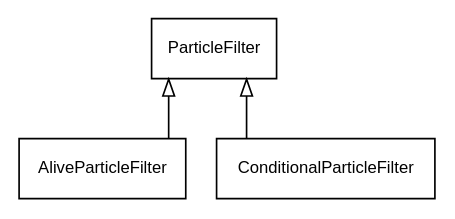
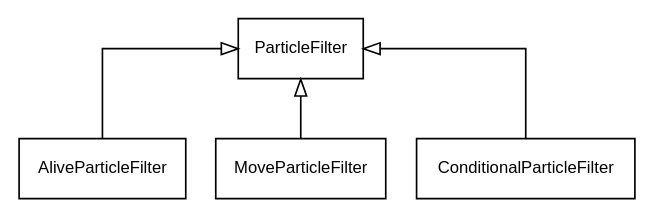
One commit to lawmurray/Birch changed the diagram in docs/figs/Filter.dot. Above: the diagram before and after it, drawn with Graphviz. The commit also changed 32 other files, not shown here.

```diff
--- a/docs/figs/Filter.dot
+++ b/docs/figs/Filter.dot
@@ -1,14 +1,16 @@
 digraph {
   splines=ortho
   concentrate=true
   rankdir=BT
   node [shape=box,fontname=Helvetica,fontsize=10,margin="0.1,0.01"]
   edge [arrowhead=empty]
 
   ParticleFilter [href="../classes/ParticleFilter/",target="_top"]
   AliveParticleFilter [href="../classes/AliveParticleFilter/",target="_top"]
+  MoveParticleFilter [href="../classes/MoveParticleFilter/",target="_top"]
   ConditionalParticleFilter [href="../classes/ConditionalParticleFilter/",target="_top"]
 
   AliveParticleFilter -> ParticleFilter
+  MoveParticleFilter -> ParticleFilter
   ConditionalParticleFilter -> ParticleFilter
 }
```
